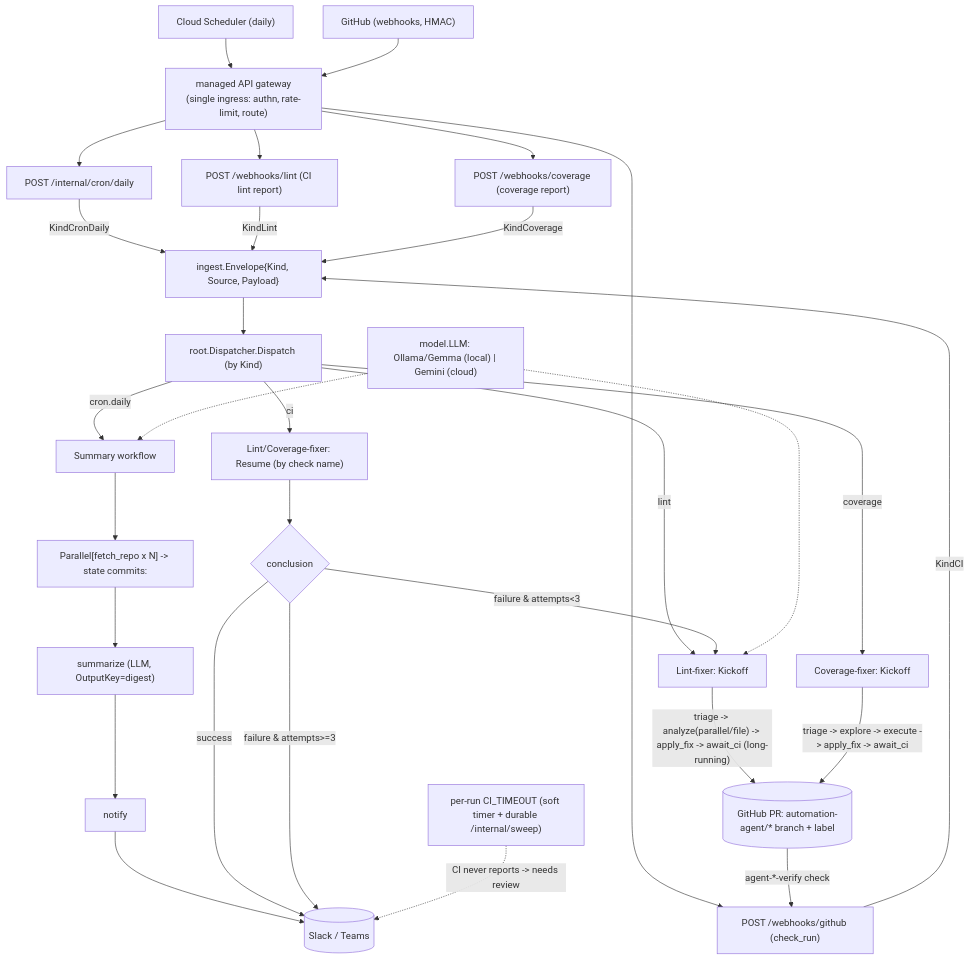
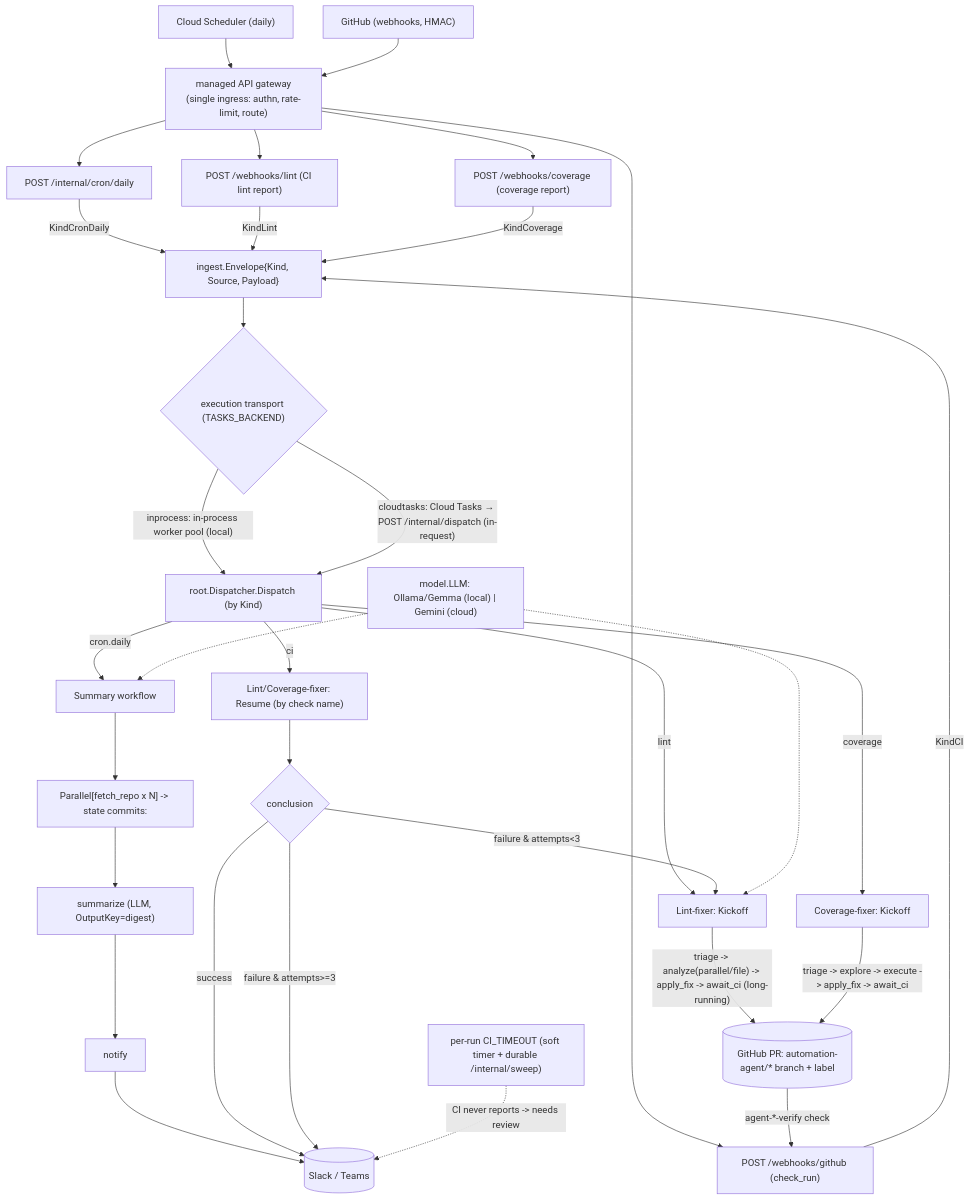
The diagram in AGENTS.md (jkjamies/automation-agent), drawn with Mermaid before and after one commit. The commit also changed other lines of this file and 12 other files, not shown here.

First line of the commit message:
Document the Cloud Tasks execution transport (config, front-door docs, diagrams) (#24)

````diff
--- a/AGENTS.md
+++ b/AGENTS.md
@@ -36,34 +36,37 @@
 ```mermaid
 flowchart TD
     CS["Cloud Scheduler (daily)"] --> GW
     GH["GitHub (webhooks, HMAC)"] --> GW
     GW["managed API gateway<br/>(single ingress: authn, rate-limit, route)"] --> Cron["POST /internal/cron/daily"]
     GW --> WLint["POST /webhooks/lint (CI lint report)"]
     GW --> WCov["POST /webhooks/coverage (coverage report)"]
     GW --> WCI["POST /webhooks/github (check_run)"]
     Cron -->|KindCronDaily| Env["ingest.Envelope{Kind, Source, Payload}"]
     WLint -->|KindLint| Env
     WCov -->|KindCoverage| Env
     WCI -->|KindCI| Env
-    Env --> Root["root.Dispatcher.Dispatch (by Kind)"]
+    Env --> TX{"execution transport (TASKS_BACKEND)"}
+    TX -->|"inprocess: in-process worker pool (local)"| Root
+    TX -->|"cloudtasks: Cloud Tasks → POST /internal/dispatch (in-request)"| Root
+    Root["root.Dispatcher.Dispatch (by Kind)"]
     Root -->|"cron.daily"| Sum["Summary workflow"]
     Root -->|lint| LFK["Lint-fixer: Kickoff"]
     Root -->|coverage| CFK["Coverage-fixer: Kickoff"]
     Root -->|ci| LFR["Lint/Coverage-fixer: Resume (by check name)"]
 
     Sum --> Par["Parallel[fetch_repo x N] -> state commits:<repo>"]
     Par --> Smz["summarize (LLM, OutputKey=digest)"]
     Smz --> Ntf["notify"] --> Chat[("Slack / Teams")]
 
     LFK -->|"triage -> analyze(parallel/file) -> apply_fix -> await_ci (long-running)"| PR[("GitHub PR: automation-agent/* branch + label")]
     CFK -->|"triage -> explore -> execute -> apply_fix -> await_ci"| PR
     PR -->|"agent-*-verify check"| WCI
     LFR --> Dec{conclusion}
     Dec -->|success| Chat
     Dec -->|"failure & attempts<3"| LFK
     Dec -->|"failure & attempts>=3"| Chat
     TO["per-run CI_TIMEOUT (soft timer + durable /internal/sweep)"] -.->|"CI never reports -> needs review"| Chat
 
     Models["model.LLM: Ollama/Gemma (local) | Gemini (cloud)"] -.-> Sum
     Models -.-> LFK
 ```
````
